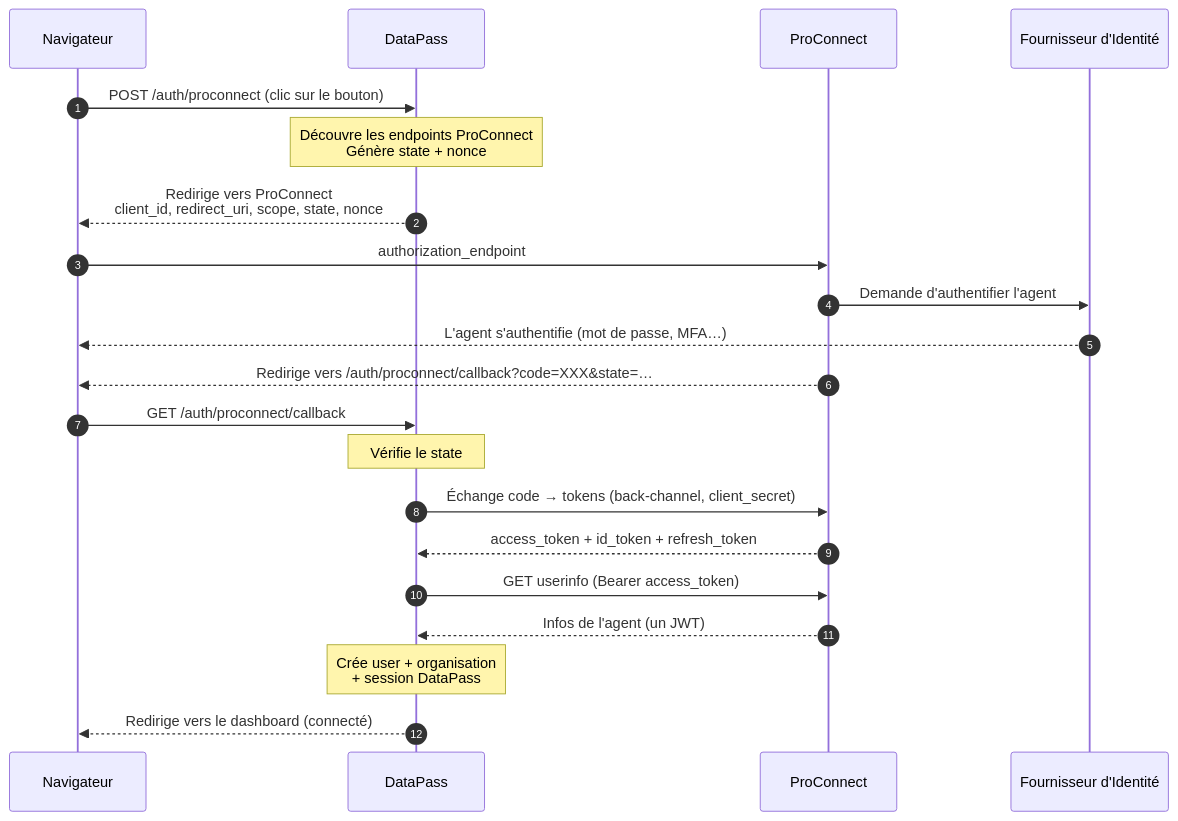
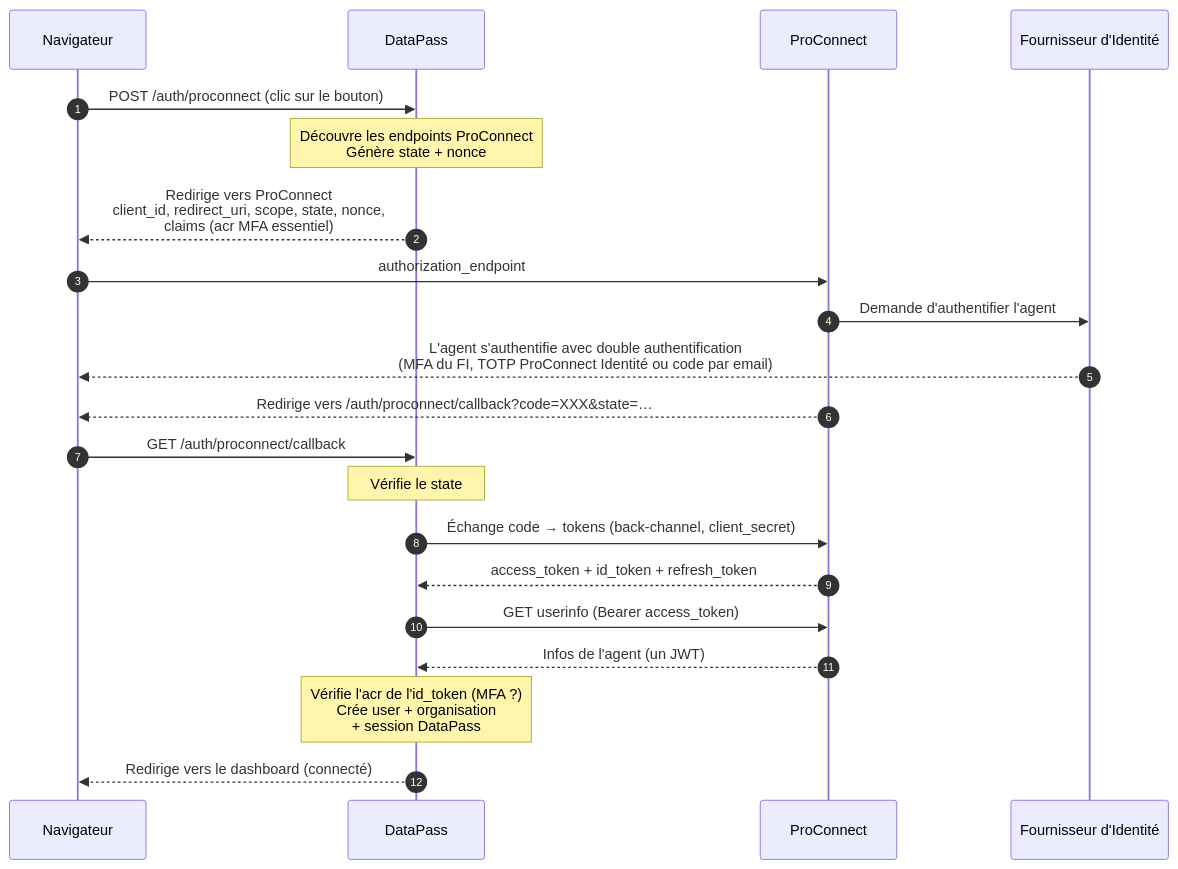
One commit to etalab/data_pass changed the second of 5 diagrams in docs/technique/authentification_proconnect.md. Above: the diagram before and after it, drawn with Mermaid. The commit also changed other lines of this file, not shown here.

Commit message:
Documente la double authentification ProConnect obligatoire

````diff
--- a/docs/technique/authentification_proconnect.md
+++ b/docs/technique/authentification_proconnect.md
@@ -58,24 +58,24 @@
 ```mermaid
 sequenceDiagram
     autonumber
     participant N as Navigateur
     participant DP as DataPass
     participant PC as ProConnect
     participant FI as Fournisseur d'Identité
 
     N->>DP: POST /auth/proconnect (clic sur le bouton)
     Note over DP: Découvre les endpoints ProConnect<br/>Génère state + nonce
-    DP-->>N: Redirige vers ProConnect<br/>client_id, redirect_uri, scope, state, nonce
+    DP-->>N: Redirige vers ProConnect<br/>client_id, redirect_uri, scope, state, nonce,<br/>claims (acr MFA essentiel)
     N->>PC: authorization_endpoint
     PC->>FI: Demande d'authentifier l'agent
-    FI-->>N: L'agent s'authentifie (mot de passe, MFA…)
+    FI-->>N: L'agent s'authentifie avec double authentification<br/>(MFA du FI, TOTP ProConnect Identité ou code par email)
     PC-->>N: Redirige vers /auth/proconnect/callback?code=XXX&state=…
     N->>DP: GET /auth/proconnect/callback
     Note over DP: Vérifie le state
     DP->>PC: Échange code → tokens (back-channel, client_secret)
     PC-->>DP: access_token + id_token + refresh_token
     DP->>PC: GET userinfo (Bearer access_token)
     PC-->>DP: Infos de l'agent (un JWT)
-    Note over DP: Crée user + organisation<br/>+ session DataPass
+    Note over DP: Vérifie l'acr de l'id_token (MFA ?)<br/>Crée user + organisation<br/>+ session DataPass
     DP-->>N: Redirige vers le dashboard (connecté)
 ```
````
